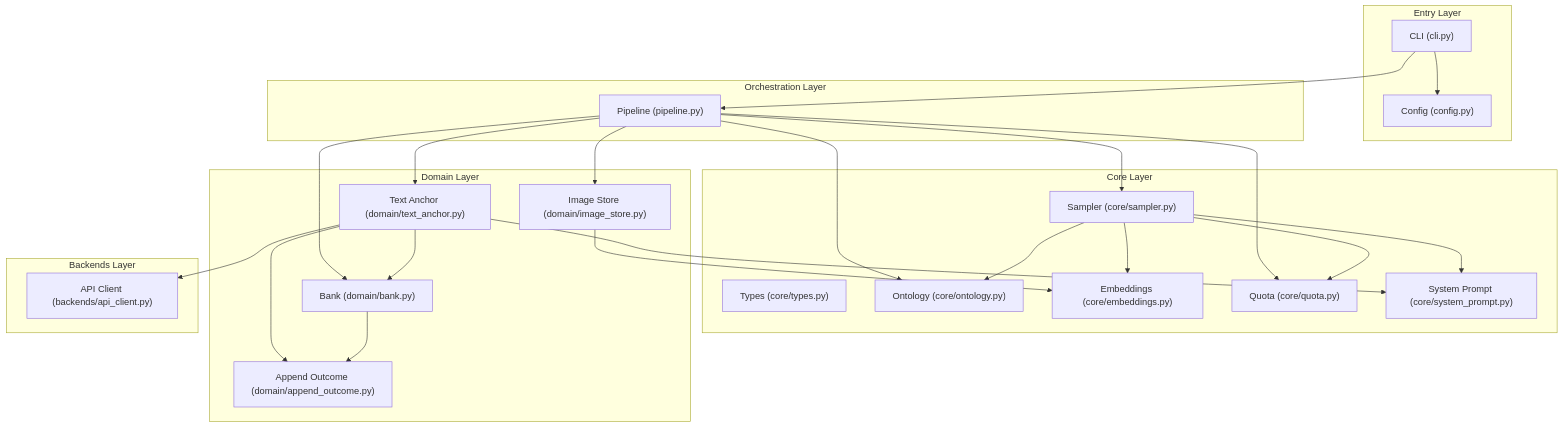
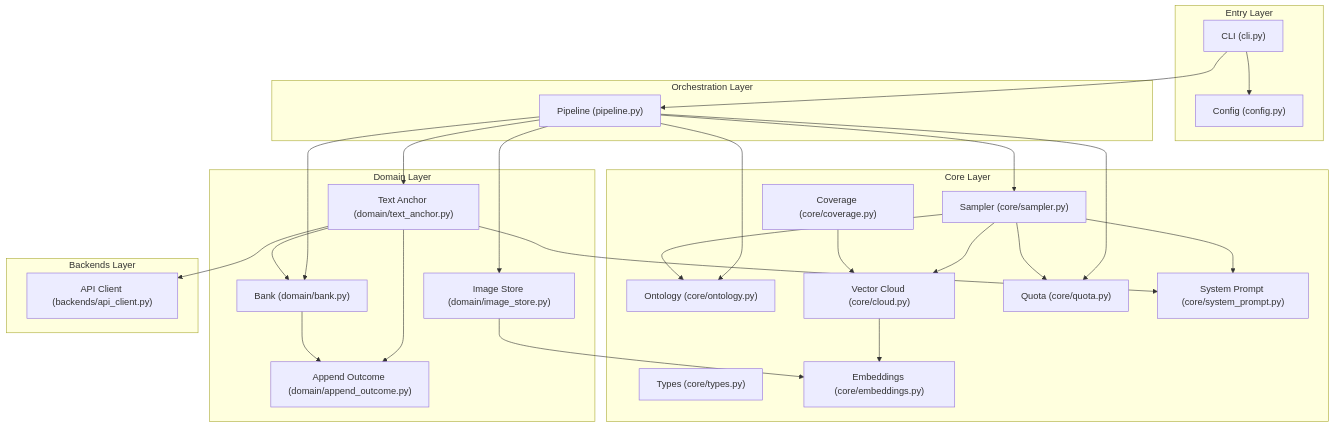
Before and after one commit to godthrone/anchor-replay-distillation: the first of 7 diagrams in docs/architecture.md, drawn with Mermaid. The commit also changed other lines of this file and 10 other files, not shown here.

````diff
--- a/docs/architecture.md
+++ b/docs/architecture.md
@@ -73,50 +73,54 @@
 ```mermaid
 graph TD
     subgraph "Entry Layer"
         CLI["CLI (cli.py)"]
         CFG["Config (config.py)"]
     end
 
     subgraph "Orchestration Layer"
         PL["Pipeline (pipeline.py)"]
     end
 
     subgraph "Core Layer"
         TY["Types (core/types.py)"]
         ON["Ontology (core/ontology.py)"]
         EM["Embeddings (core/embeddings.py)"]
+        CL["Vector Cloud (core/cloud.py)"]
+        CV["Coverage (core/coverage.py)"]
         SM["Sampler (core/sampler.py)"]
         QT["Quota (core/quota.py)"]
         SP["System Prompt (core/system_prompt.py)"]
     end
 
     subgraph "Domain Layer"
         TA["Text Anchor (domain/text_anchor.py)"]
         BK["Bank (domain/bank.py)"]
         AO["Append Outcome (domain/append_outcome.py)"]
         IS["Image Store (domain/image_store.py)"]
     end
 
     subgraph "Backends Layer"
         API["API Client (backends/api_client.py)"]
     end
 
     CLI --> CFG
     CLI --> PL
     PL --> TA
     PL --> IS
     PL --> SM
     PL --> ON
     PL --> BK
     PL --> QT
     TA --> API
     TA --> BK
     TA --> SP
     TA --> AO
     SM --> ON
     SM --> QT
     SM --> SP
-    SM --> EM
+    SM --> CL
+    CL --> EM
+    CV --> CL
     BK --> AO
     IS --> EM
 ```
````
